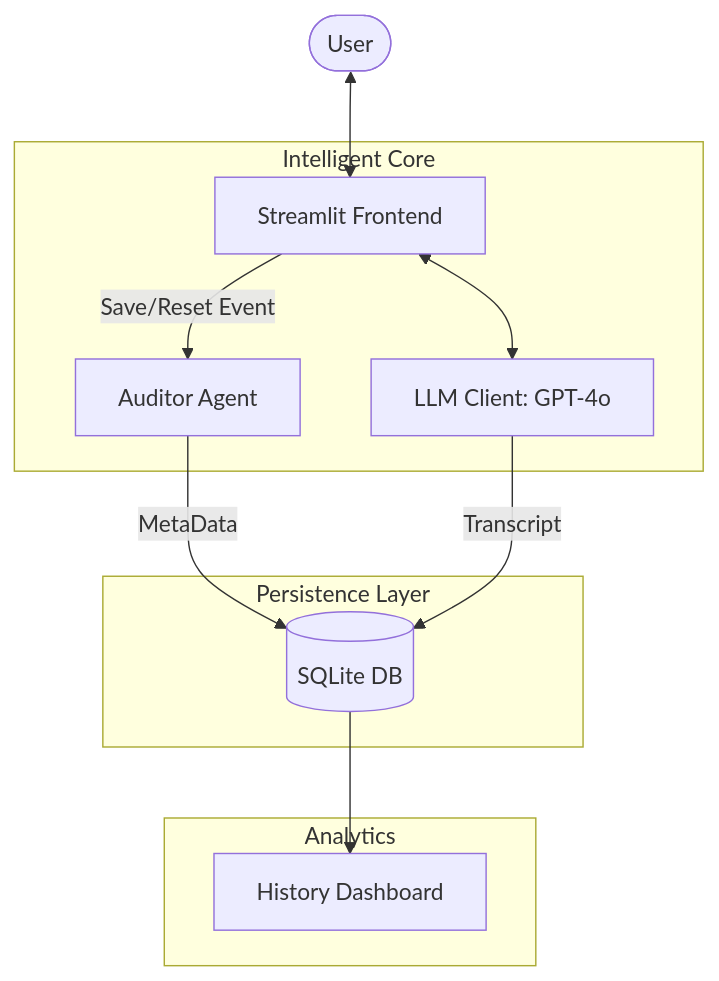
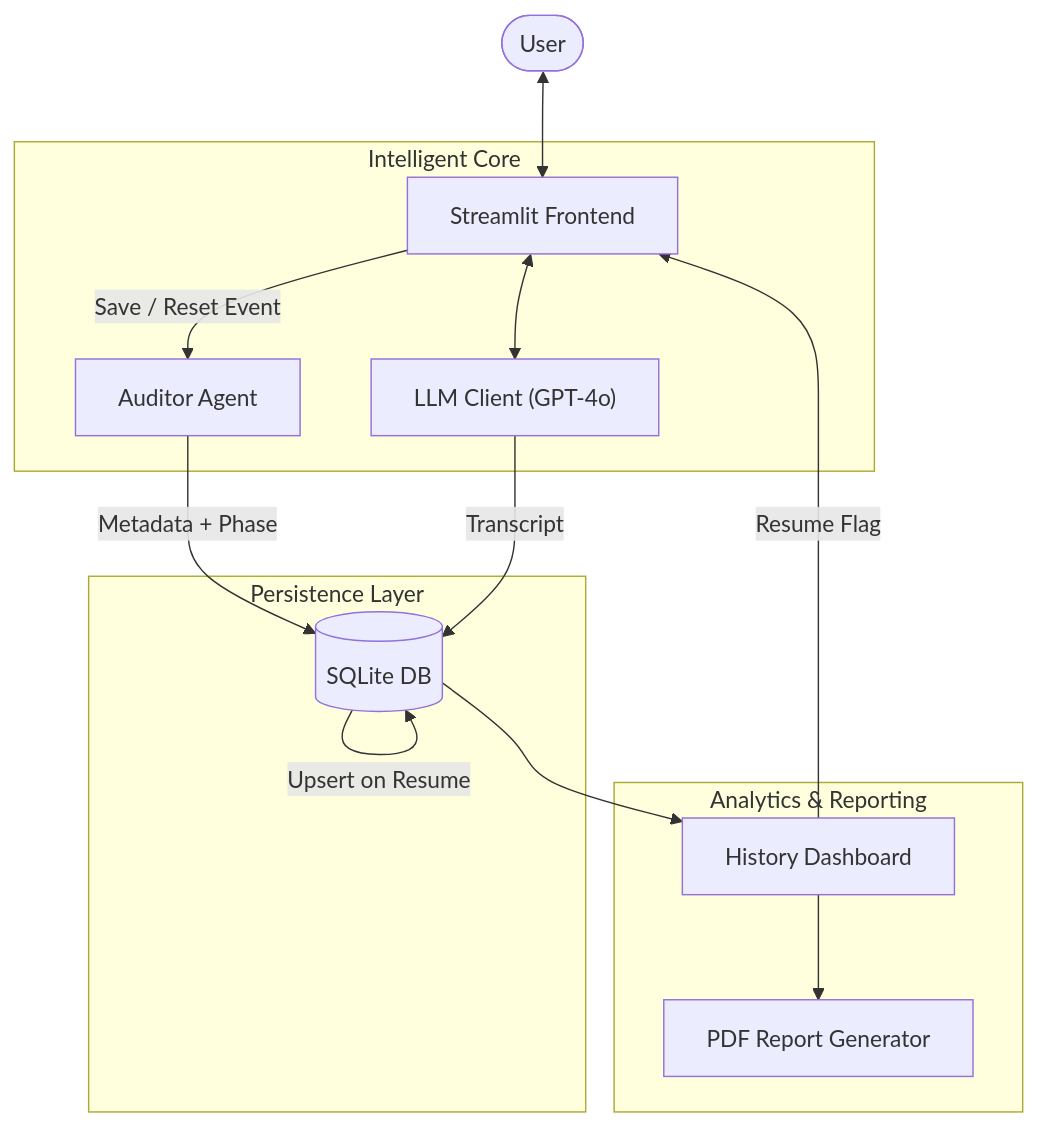
Before and after one commit to sridhar5bfttl/Questionnaire_Agent: the first of 3 diagrams in documentation/architecture.md, drawn with Mermaid. The commit also changed other lines of this file and 8 other files, not shown here.

Commit message:
docs: sync tests, README, SKILL, project.md, and architecture with latest features.

````diff
--- a/documentation/architecture.md
+++ b/documentation/architecture.md
@@ -24,18 +26,21 @@
 ```mermaid
 graph TD
     User([User]) <--> UI[Streamlit Frontend]
     
     subgraph "Intelligent Core"
-        UI <--> LLM[LLM Client: GPT-4o]
-        UI -- Save/Reset Event --> Auditor[Auditor Agent]
+        UI <--> LLM["LLM Client (GPT-4o)"]
+        UI -- Save / Reset Event --> Auditor[Auditor Agent]
     end
     
     subgraph "Persistence Layer"
-        Auditor -- MetaData --> SQL[(SQLite DB)]
+        Auditor -- Metadata + Phase --> SQL[(SQLite DB)]
         LLM -- Transcript --> SQL
+        SQL -- Upsert on Resume --> SQL
     end
     
-    subgraph "Analytics"
+    subgraph "Analytics & Reporting"
         SQL --> Dashboard[History Dashboard]
+        Dashboard -- Resume Flag --> UI
+        Dashboard --> PDF[PDF Report Generator]
     end
 ```
````
